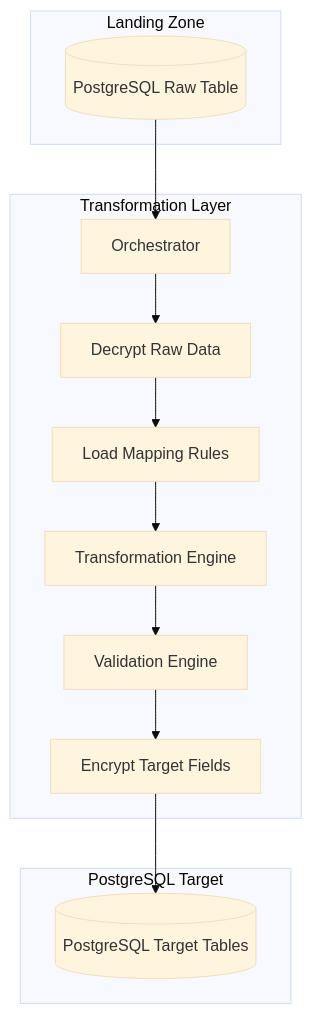
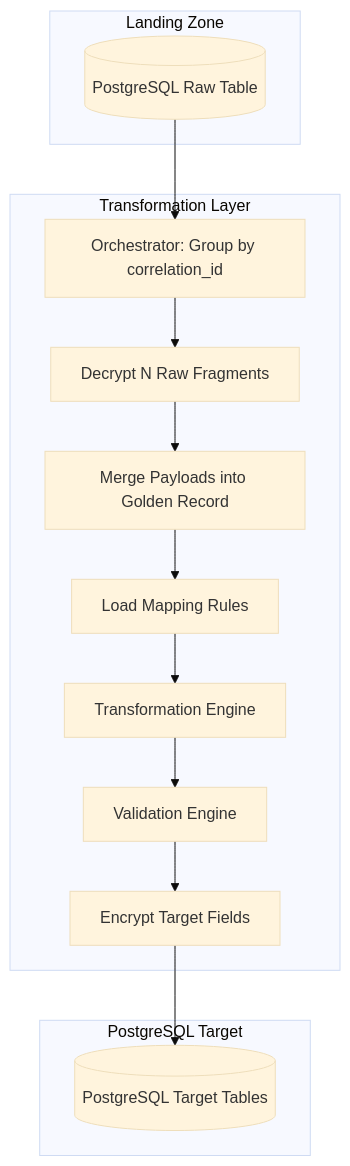
One commit to Zheng-Bote/mitm-2 changed the first of 3 diagrams in transformation-layer/README.md. Above: the diagram before and after it, drawn with Mermaid (base theme). The commit also changed other lines of this file and 7 other files, not shown here.

````diff
--- a/transformation-layer/README.md
+++ b/transformation-layer/README.md
@@ -13,21 +13,22 @@
 ```mermaid
 flowchart TD
     subgraph RawTable[Landing Zone]
         RAW[(PostgreSQL Raw Table)]
     end
 
     subgraph TransformationLayer[Transformation Layer]
-        O[Orchestrator] --> DEC[Decrypt Raw Data]
-        DEC --> MAP[Load Mapping Rules]
+        O[Orchestrator: Group by correlation_id] --> DEC[Decrypt N Raw Fragments]
+        DEC --> MERGE[Merge Payloads into Golden Record]
+        MERGE --> MAP[Load Mapping Rules]
         MAP --> TR[Transformation Engine]
         TR --> VAL[Validation Engine]
         VAL --> ENC2[Encrypt Target Fields]
     end
 
     subgraph DB[PostgreSQL Target]
         TARGET[(PostgreSQL Target Tables)]
     end
 
     RAW --> O
     ENC2 --> TARGET
 ```
````
